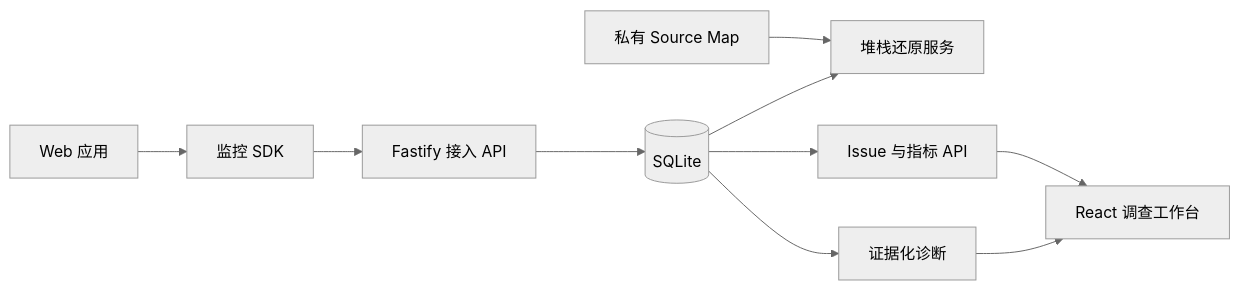
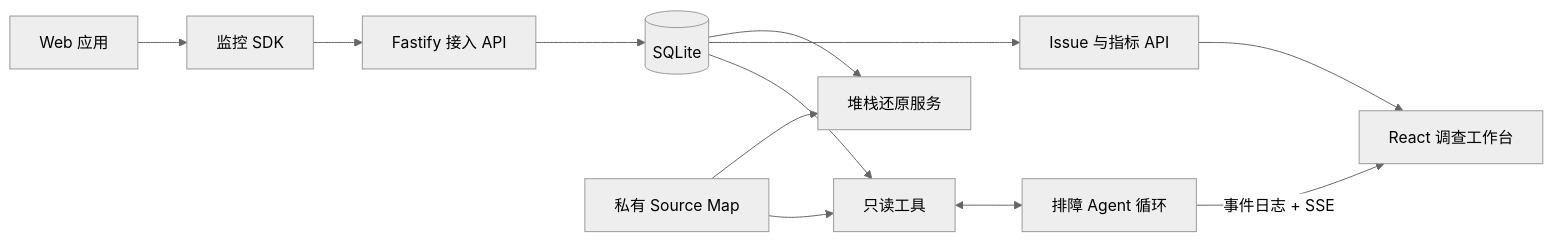
One commit to guiwzh/tracepilot changed the diagram in docs/architecture.md. Above: the diagram before and after it, drawn with Mermaid (neutral theme). The commit also changed other lines of this file and 13 other files, not shown here.

````diff
--- a/docs/architecture.md
+++ b/docs/architecture.md
@@ -5,12 +5,14 @@
 ```mermaid
 flowchart LR
   Web[Web 应用] --> SDK[监控 SDK]
   SDK --> Ingest[Fastify 接入 API]
   Ingest --> SQLite[(SQLite)]
   Maps[私有 Source Map] --> Symbolicator[堆栈还原服务]
   SQLite --> Symbolicator
   SQLite --> Query[Issue 与指标 API]
   Query --> Dashboard[React 调查工作台]
-  SQLite --> Diagnose[证据化诊断]
-  Diagnose --> Dashboard
+  SQLite --> Tools[只读工具]
+  Maps --> Tools
+  Tools <--> Agent[排障 Agent 循环]
+  Agent -- 事件日志 + SSE --> Dashboard
 ```
````
